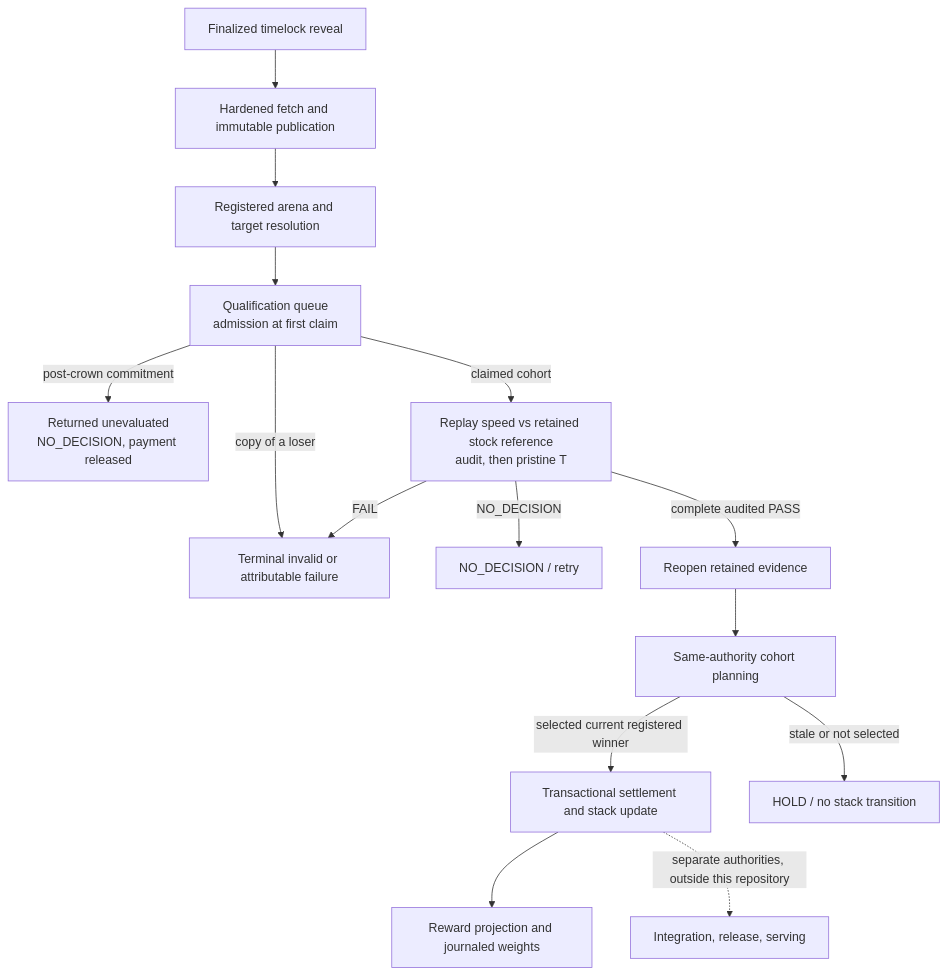
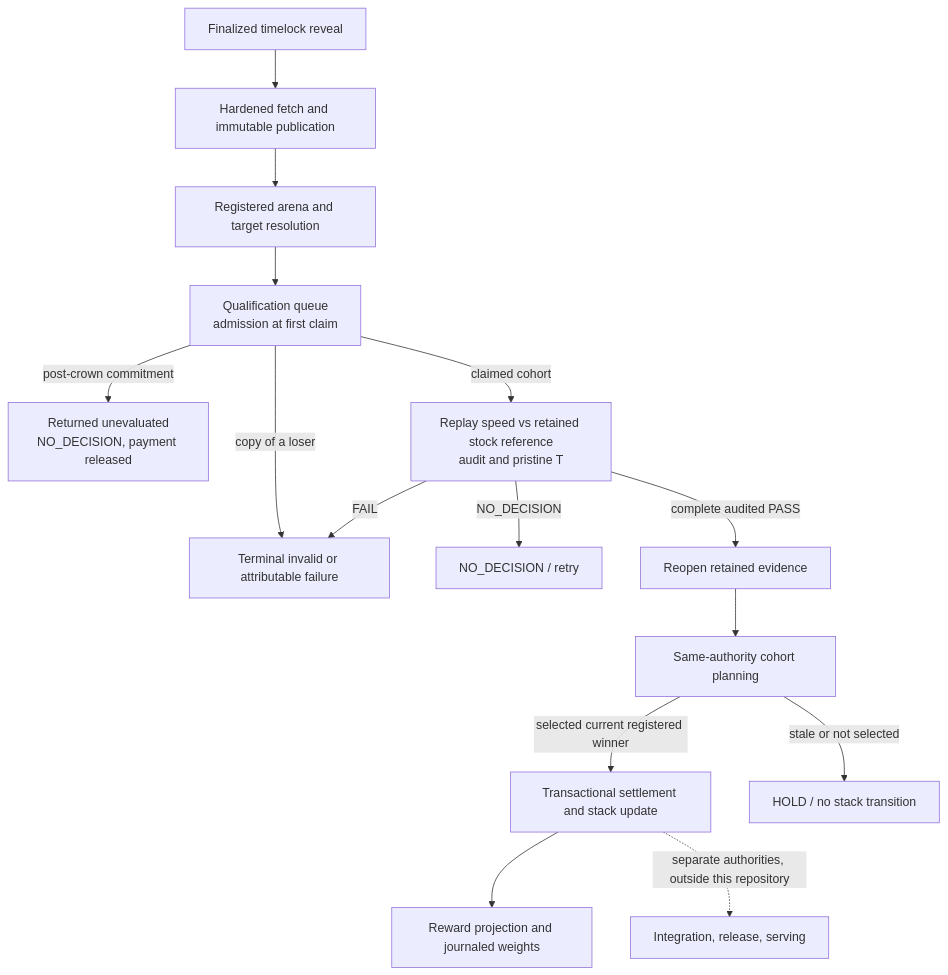
Before and after one commit to latent-to/cacheon: the diagram in docs/architecture/pipeline.md, drawn with Mermaid. The commit also changed 18 other files, not shown here.

````diff
--- a/docs/architecture/pipeline.md
+++ b/docs/architecture/pipeline.md
@@ -33,17 +33,17 @@
 ```mermaid
 flowchart TD
     A["Finalized timelock reveal"] --> B["Hardened fetch and immutable publication"]
     B --> C["Registered arena and target resolution"]
     C --> D["Qualification queue<br/>admission at first claim"]
     D -->|"copy of a loser"| F["Terminal invalid or attributable failure"]
     D -->|"post-crown commitment"| X["Returned unevaluated<br/>NO_DECISION, payment released"]
-    D -->|"claimed cohort"| Q["Replay speed vs retained stock reference<br/>audit, then pristine T"]
+    D -->|"claimed cohort"| Q["Replay speed vs retained stock reference<br/>audit and pristine T"]
     Q -->|"FAIL"| F
     Q -->|"NO_DECISION"| N["NO_DECISION / retry"]
     Q -->|"complete audited PASS"| S["Reopen retained evidence"]
     S --> G["Same-authority cohort planning"]
     G -->|"selected current registered winner"| T["Transactional settlement and stack update"]
     G -->|"stale or not selected"| H["HOLD / no stack transition"]
     T --> W["Reward projection and journaled weights"]
     T -. "separate authorities, outside this repository" .-> I["Integration, release, serving"]
 ```
````
